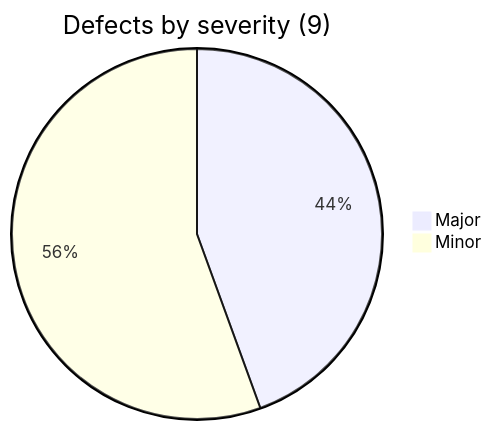
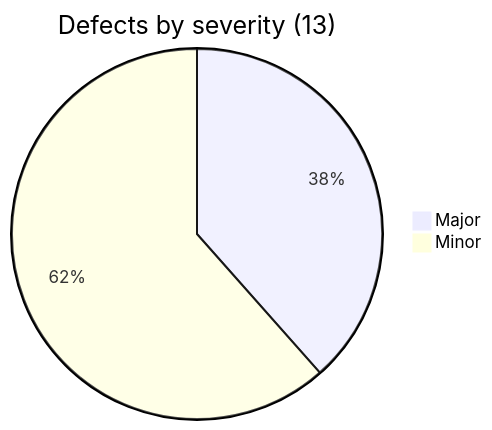
One commit to jahidulislamrihan26/sqa-portfolio changed the second of 2 diagrams in api-testing/docs/test-summary-report.md. Above: the diagram before and after it, drawn with Mermaid. The commit also changed other lines of this file and 31 other files, not shown here.

````diff
--- a/api-testing/docs/test-summary-report.md
+++ b/api-testing/docs/test-summary-report.md
@@ -35,5 +37,5 @@
 ```mermaid
-pie title Defects by severity (9)
-    "Major" : 4
-    "Minor" : 5
+pie title Defects by severity (13)
+    "Major" : 5
+    "Minor" : 8
 ```
````
